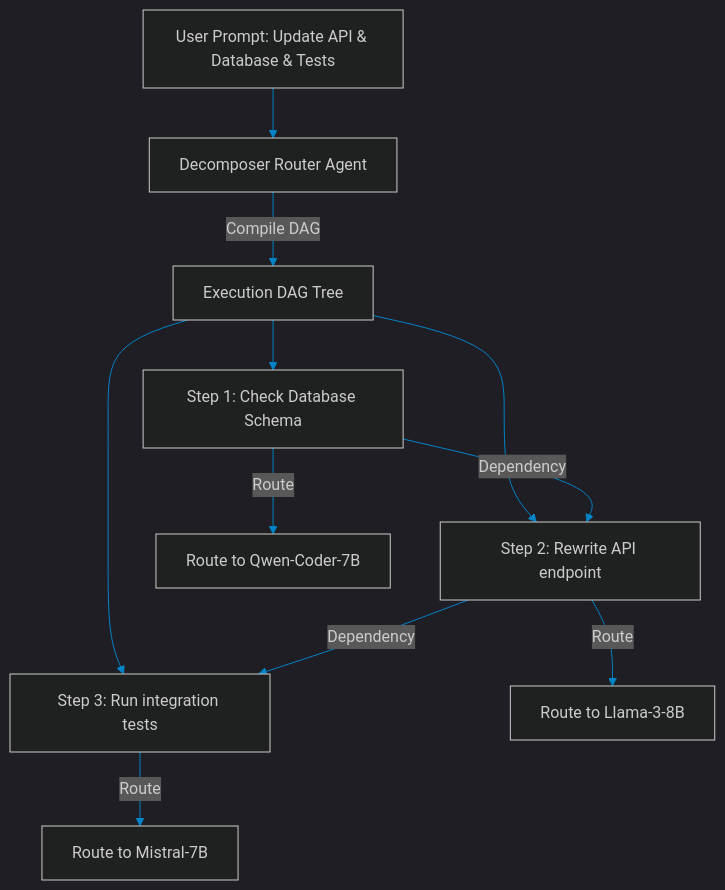
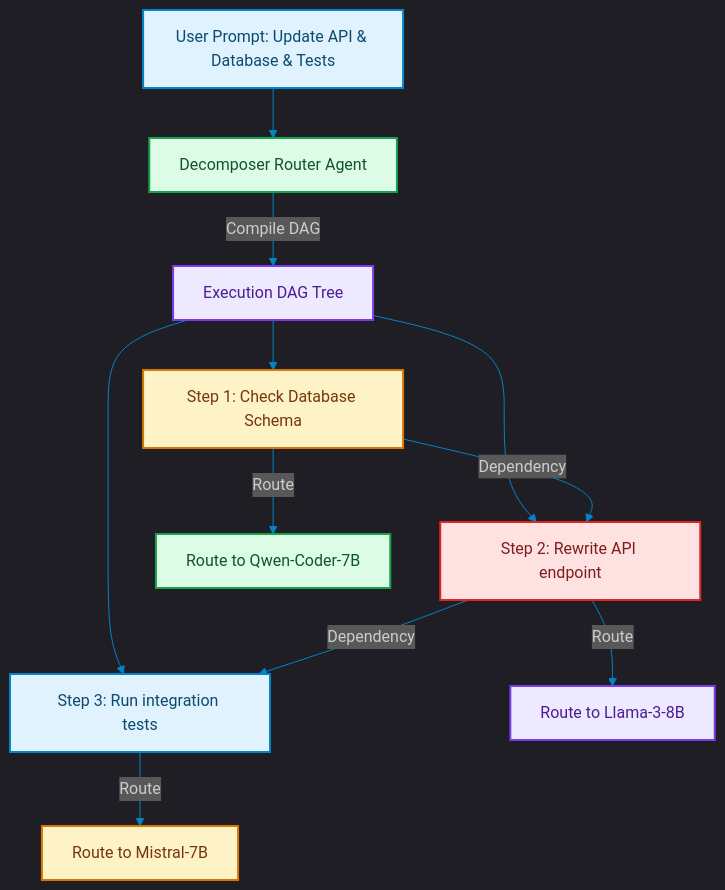
The diagram in blog/posts/routing-topology-graph-routers-dag-paths.md (akmalkhaniub/akmalkhaniub.github.io), drawn with Mermaid before and after one commit. The commit also changed other lines of this file and 1291 other files, not shown here.

First line of the commit message:
feat(catalog): unique covers, scholarly references, and diagram palettes

````diff
--- a/blog/posts/routing-topology-graph-routers-dag-paths.md
+++ b/blog/posts/routing-topology-graph-routers-dag-paths.md
@@ -19,18 +19,29 @@
 ```mermaid
 %%{init: {'theme': 'dark', 'themeVariables': { 'primaryColor': '#0284c7', 'primaryTextColor': '#f3f4f6', 'primaryBorderColor': '#38bdf8', 'lineColor': '#0284c7', 'secondaryColor': '#111827', 'tertiaryColor': '#0b0f19'}}}%%
 flowchart TD
-    UserPrompt[User Prompt: Update API & Database & Tests] --> Decomposer[Decomposer Router Agent]
+    UserPrompt["User Prompt: Update API & Database & Tests"] --> Decomposer["Decomposer Router Agent"]
     
-    Decomposer -->|Compile DAG| DAG[Execution DAG Tree]
+    Decomposer -->|Compile DAG| DAG["Execution DAG Tree"]
     
-    DAG --> Node1[Step 1: Check Database Schema]
-    DAG --> Node2[Step 2: Rewrite API endpoint]
-    DAG --> Node3[Step 3: Run integration tests]
+    DAG --> Node1["Step 1: Check Database Schema"]
+    DAG --> Node2["Step 2: Rewrite API endpoint"]
+    DAG --> Node3["Step 3: Run integration tests"]
     
     Node1 -->|Dependency| Node2
     Node2 -->|Dependency| Node3
     
-    Node1 -->|Route| ModelA[Route to Qwen-Coder-7B]
-    Node2 -->|Route| ModelB[Route to Llama-3-8B]
-    Node3 -->|Route| ModelC[Route to Mistral-7B]
+    Node1 -->|Route| ModelA["Route to Qwen-Coder-7B"]
+    Node2 -->|Route| ModelB["Route to Llama-3-8B"]
+    Node3 -->|Route| ModelC["Route to Mistral-7B"]
+
+classDef green fill:#dcfce7,stroke:#16a34a,stroke-width:2px,color:#14532d;
+classDef red fill:#fee2e2,stroke:#dc2626,stroke-width:2px,color:#7f1d1d;
+classDef blue fill:#e0f2fe,stroke:#0284c7,stroke-width:2px,color:#0c4a6e;
+classDef yellow fill:#fef3c7,stroke:#d97706,stroke-width:2px,color:#78350f;
+classDef purple fill:#ede9fe,stroke:#7c3aed,stroke-width:2px,color:#4c1d95;
+class UserPrompt,Node3 blue
+class Decomposer,ModelA green
+class DAG,ModelB purple
+class Node1,ModelC yellow
+class Node2 red
 ```
````
